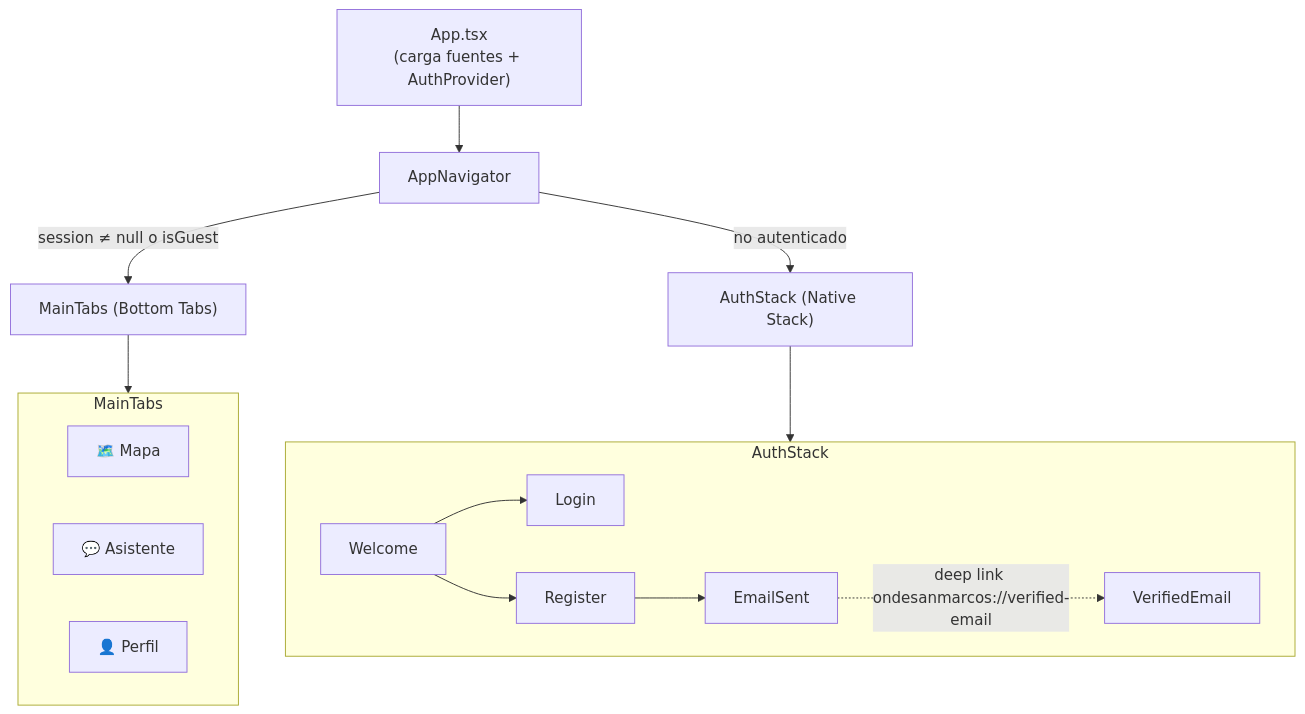
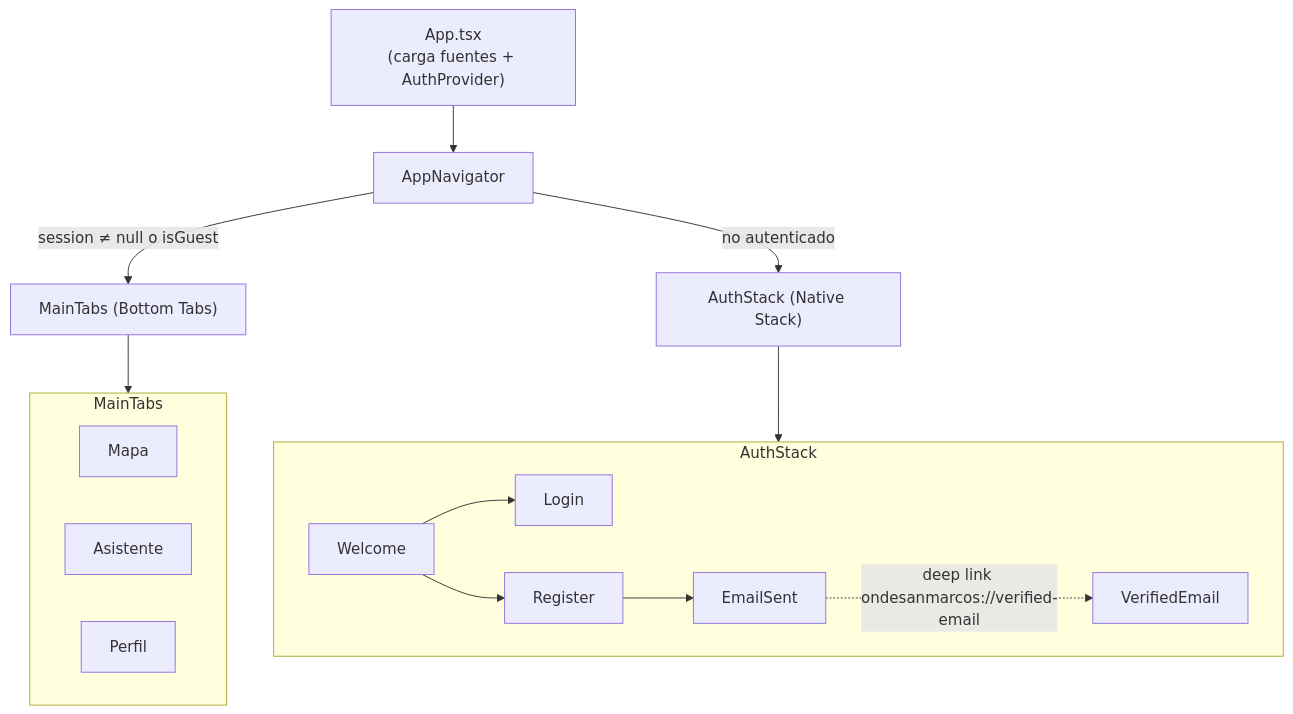
The second of 6 diagrams in documents/02-frontend.md (frank777ch/OndeSanMarcos), drawn with Mermaid before and after one commit. The commit also changed other lines of this file and 7 other files, not shown here.

````diff
--- a/documents/02-frontend.md
+++ b/documents/02-frontend.md
@@ -86,21 +86,21 @@
 ```mermaid
 graph TD
     app["App.tsx<br/>(carga fuentes + AuthProvider)"] --> nav["AppNavigator"]
     nav -->|"session ≠ null o isGuest"| main["MainTabs (Bottom Tabs)"]
     nav -->|"no autenticado"| auth["AuthStack (Native Stack)"]
 
     subgraph auth_screens["AuthStack"]
         w["Welcome"] --> lo["Login"]
         w --> re["Register"]
         re --> es["EmailSent"]
         es -.->|"deep link ondesanmarcos://verified-email"| ve["VerifiedEmail"]
     end
     auth --> auth_screens
 
     subgraph tabs["MainTabs"]
-        m["🗺️ Mapa"]
-        c["💬 Asistente"]
-        p["👤 Perfil"]
+        m["Mapa"]
+        c["Asistente"]
+        p["Perfil"]
     end
     main --> tabs
 ```
````
